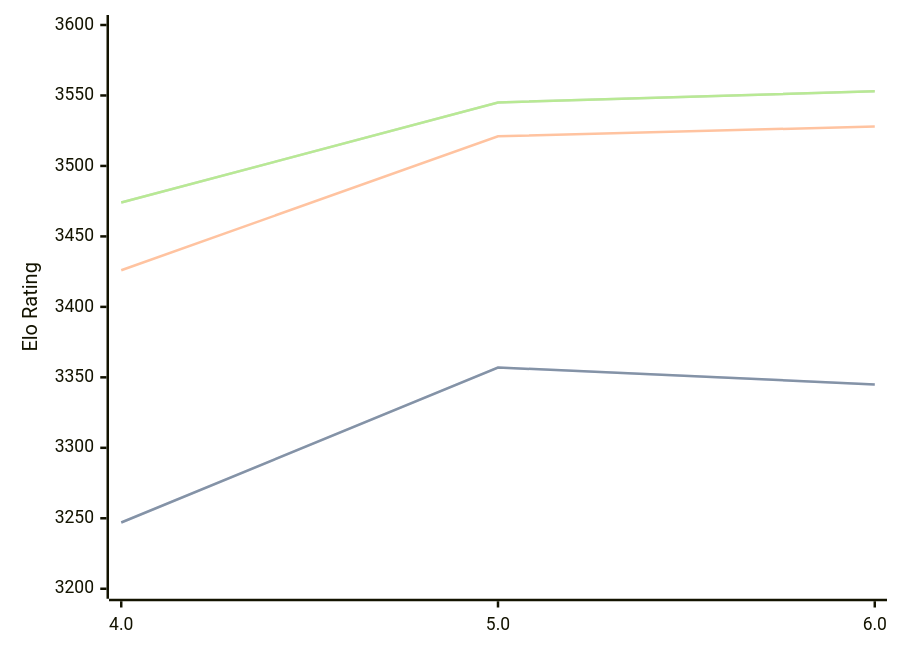
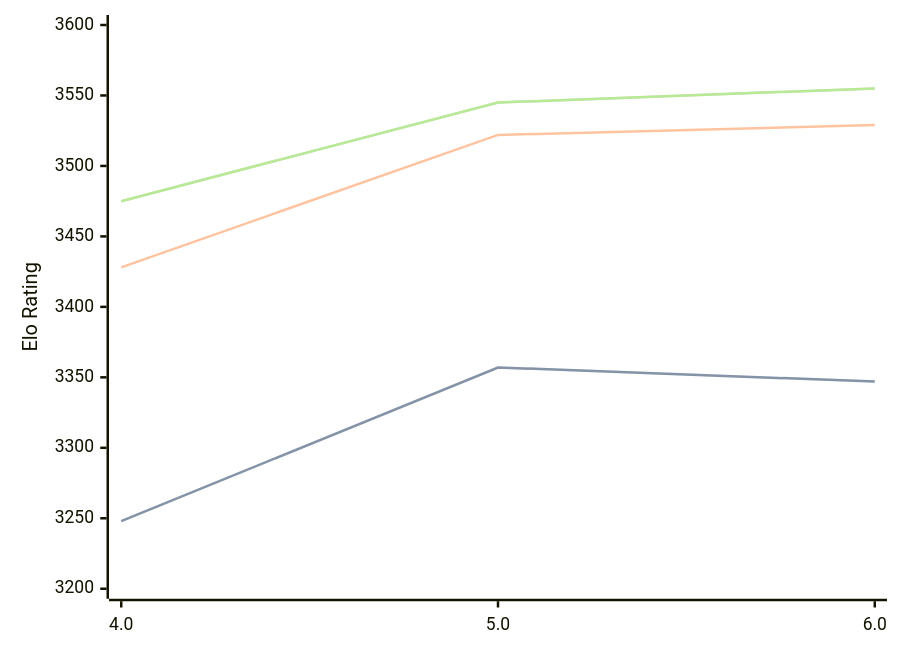
The diagram in engines/Tarnished.md (computer-chess-index/cci), drawn with Mermaid before and after one commit. The commit also changed other lines of this file, not shown here.

Commit message:
Update CCI Ratings (ELO VLTC) - 2026-08-19

````diff
--- a/engines/Tarnished.md
+++ b/engines/Tarnished.md
@@ -33,11 +33,11 @@
 ```mermaid
 %%{init: {"theme":"base","themeVariables":{"seriesColors:['#a3a3a3','#222221','#faa371']}}}%%
 xychart-beta
   x-axis ["4.0", "5.0", "6.0"]
   y-axis "Elo Rating" 3200 --> 3600
-  line "STC (8.0+0.08s)" [3247, 3357, 3345]
-  line "STC (8.0+0.08s)" [3247, 3357, 3345]
-  line "LTC (60.0+0.60s)" [3426, 3521, 3528]
-  line "VLTC (2m24s+1.12s)" [3474, 3545, 3553]
-  line "VLTC (2m24s+1.12s)" [3474, 3545, 3553]
+  line "STC (8.0+0.08s)" [3248, 3357, 3347]
+  line "STC (8.0+0.08s)" [3248, 3357, 3347]
+  line "LTC (60.0+0.60s)" [3428, 3522, 3529]
+  line "VLTC (2m24s+1.12s)" [3475, 3545, 3555]
+  line "VLTC (2m24s+1.12s)" [3475, 3545, 3555]
 ```
````
